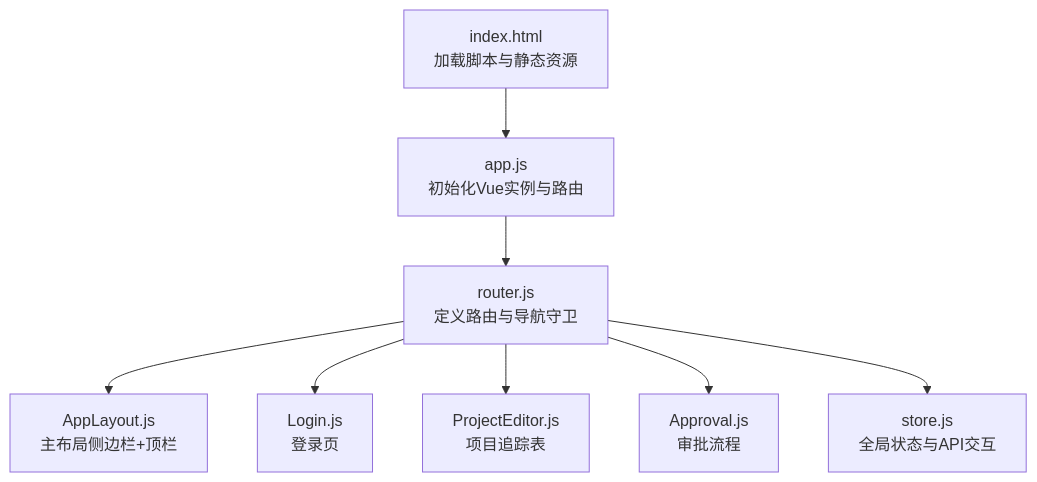
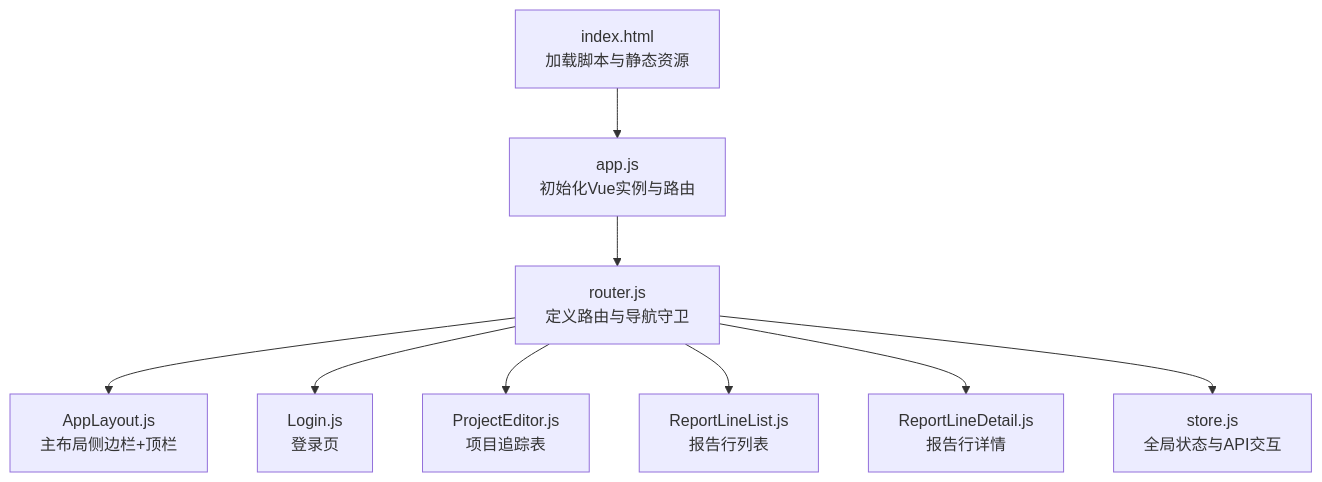
Before and after one commit to marcelxu0272/202605_project-tracking-table: the first of 8 diagrams in .qoder/repowiki/zh/content/前端架构/路由系统.md, drawn with Mermaid. The commit also changed other lines of this file and 15 other files, not shown here.

````diff
--- a/.qoder/repowiki/zh/content/前端架构/路由系统.md
+++ b/.qoder/repowiki/zh/content/前端架构/路由系统.md
@@ -33,10 +45,11 @@
 ```mermaid
 graph TB
 Index["index.html<br/>加载脚本与静态资源"] --> App["app.js<br/>初始化Vue实例与路由"]
 App --> Router["router.js<br/>定义路由与导航守卫"]
 Router --> Layout["AppLayout.js<br/>主布局侧边栏+顶栏"]
 Router --> Login["Login.js<br/>登录页"]
 Router --> Editor["ProjectEditor.js<br/>项目追踪表"]
-Router --> Approval["Approval.js<br/>审批流程"]
+Router --> ReportList["ReportLineList.js<br/>报告行列表"]
+Router --> ReportDetail["ReportLineDetail.js<br/>报告行详情"]
 Router --> Store["store.js<br/>全局状态与API交互"]
 ```
````
